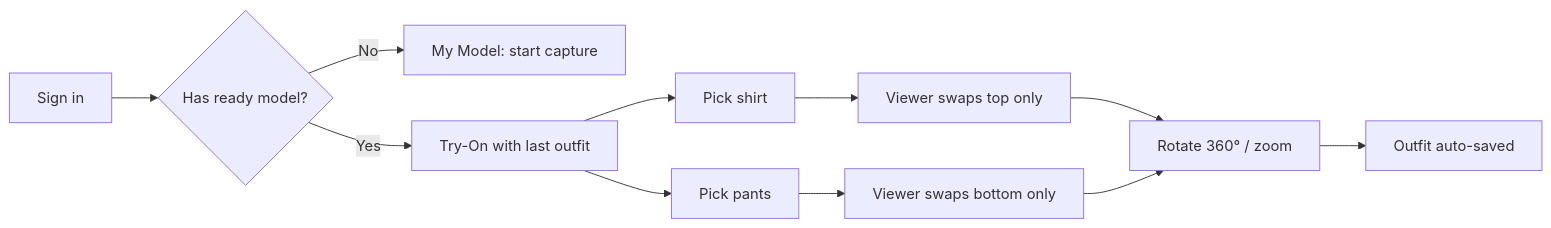
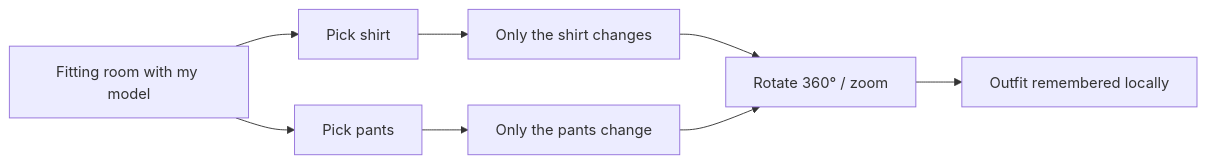
One commit to Sreanghourhy/AI-Powered-3D-Virtual-Fitting-Room changed the second of 4 diagrams in docs/user-flows.md. Above: the diagram before and after it, drawn with Mermaid. The commit also changed other lines of this file and 30 other files, not shown here.

````diff
--- a/docs/user-flows.md
+++ b/docs/user-flows.md
@@ -48,10 +48,7 @@
 ```mermaid
 flowchart LR
-    A[Sign in] --> B{Has ready model?}
-    B -- No --> C[My Model: start capture]
-    B -- Yes --> D[Try-On with last outfit]
-    D --> E[Pick shirt] --> F[Viewer swaps top only]
-    D --> G[Pick pants] --> H[Viewer swaps bottom only]
-    F & H --> I[Rotate 360° / zoom]
-    I --> J[Outfit auto-saved]
+    A[Fitting room with my model] --> B[Pick shirt] --> C[Only the shirt changes]
+    A --> D[Pick pants] --> E[Only the pants change]
+    C & E --> F[Rotate 360° / zoom]
+    F --> G[Outfit remembered locally]
 ```
````
